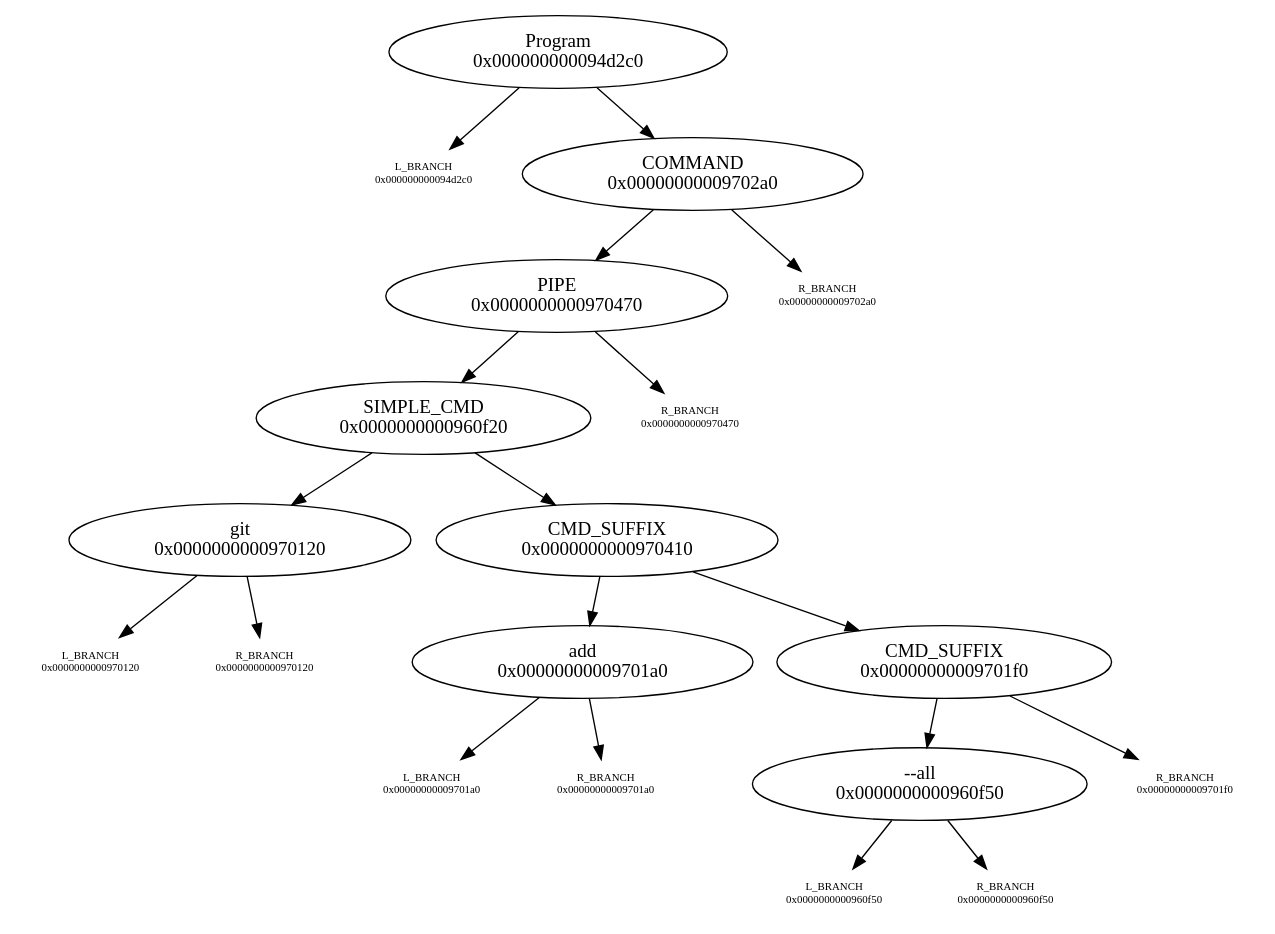
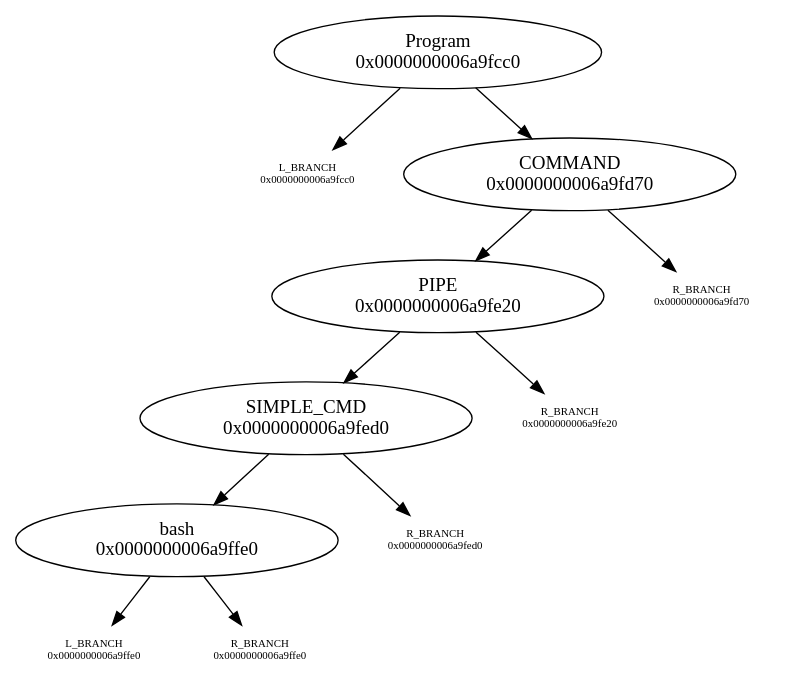
The diagram in graph.dot (N-4-Nina/Minishell), drawn with Graphviz before and after one commit. The commit also changed 19 other files, not shown here.

```diff
--- a/graph.dot
+++ b/graph.dot
@@ -1,31 +1,19 @@
 digraph graphname {
-"Program\n0x000000000094d2c0" -> "L_BRANCH\n0x000000000094d2c0";
-"L_BRANCH\n0x000000000094d2c0" [shape=none fontsize=8]
-"Program\n0x000000000094d2c0" -> "COMMAND\n0x00000000009702a0";
-"COMMAND\n0x00000000009702a0" -> "PIPE\n0x0000000000970470";
-"COMMAND\n0x00000000009702a0" -> "R_BRANCH\n0x00000000009702a0";
-"R_BRANCH\n0x00000000009702a0" [shape=none fontsize=8]
-"PIPE\n0x0000000000970470" -> "SIMPLE_CMD\n0x0000000000960f20";
-"PIPE\n0x0000000000970470" -> "R_BRANCH\n0x0000000000970470";
-"R_BRANCH\n0x0000000000970470" [shape=none fontsize=8]
-"SIMPLE_CMD\n0x0000000000960f20" -> "git\n0x0000000000970120";
-"SIMPLE_CMD\n0x0000000000960f20" -> "CMD_SUFFIX\n0x0000000000970410";
-"git\n0x0000000000970120" -> "L_BRANCH\n0x0000000000970120";
-"L_BRANCH\n0x0000000000970120" [shape=none fontsize=8]
-"git\n0x0000000000970120" -> "R_BRANCH\n0x0000000000970120";
-"R_BRANCH\n0x0000000000970120" [shape=none fontsize=8]
-"CMD_SUFFIX\n0x0000000000970410" -> "add\n0x00000000009701a0";
-"CMD_SUFFIX\n0x0000000000970410" -> "CMD_SUFFIX\n0x00000000009701f0";
-"add\n0x00000000009701a0" -> "L_BRANCH\n0x00000000009701a0";
-"L_BRANCH\n0x00000000009701a0" [shape=none fontsize=8]
-"add\n0x00000000009701a0" -> "R_BRANCH\n0x00000000009701a0";
-"R_BRANCH\n0x00000000009701a0" [shape=none fontsize=8]
-"CMD_SUFFIX\n0x00000000009701f0" -> "--all\n0x0000000000960f50";
-"CMD_SUFFIX\n0x00000000009701f0" -> "R_BRANCH\n0x00000000009701f0";
-"R_BRANCH\n0x00000000009701f0" [shape=none fontsize=8]
-"--all\n0x0000000000960f50" -> "L_BRANCH\n0x0000000000960f50";
-"L_BRANCH\n0x0000000000960f50" [shape=none fontsize=8]
-"--all\n0x0000000000960f50" -> "R_BRANCH\n0x0000000000960f50";
-"R_BRANCH\n0x0000000000960f50" [shape=none fontsize=8]
+"Program\n0x0000000006a9fcc0" -> "L_BRANCH\n0x0000000006a9fcc0";
+"L_BRANCH\n0x0000000006a9fcc0" [shape=none fontsize=8]
+"Program\n0x0000000006a9fcc0" -> "COMMAND\n0x0000000006a9fd70";
+"COMMAND\n0x0000000006a9fd70" -> "PIPE\n0x0000000006a9fe20";
+"COMMAND\n0x0000000006a9fd70" -> "R_BRANCH\n0x0000000006a9fd70";
+"R_BRANCH\n0x0000000006a9fd70" [shape=none fontsize=8]
+"PIPE\n0x0000000006a9fe20" -> "SIMPLE_CMD\n0x0000000006a9fed0";
+"PIPE\n0x0000000006a9fe20" -> "R_BRANCH\n0x0000000006a9fe20";
+"R_BRANCH\n0x0000000006a9fe20" [shape=none fontsize=8]
+"SIMPLE_CMD\n0x0000000006a9fed0" -> "bash\n0x0000000006a9ffe0";
+"SIMPLE_CMD\n0x0000000006a9fed0" -> "R_BRANCH\n0x0000000006a9fed0";
+"R_BRANCH\n0x0000000006a9fed0" [shape=none fontsize=8]
+"bash\n0x0000000006a9ffe0" -> "L_BRANCH\n0x0000000006a9ffe0";
+"L_BRANCH\n0x0000000006a9ffe0" [shape=none fontsize=8]
+"bash\n0x0000000006a9ffe0" -> "R_BRANCH\n0x0000000006a9ffe0";
+"R_BRANCH\n0x0000000006a9ffe0" [shape=none fontsize=8]
 
 }
```
